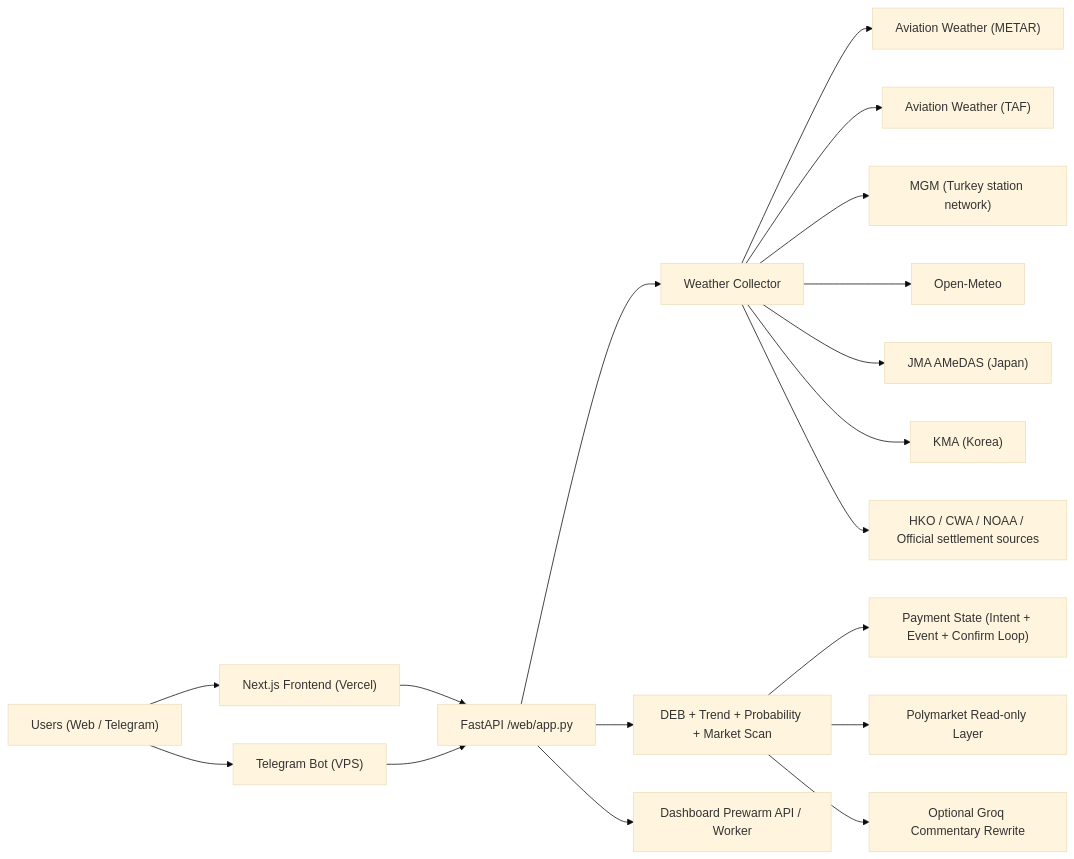
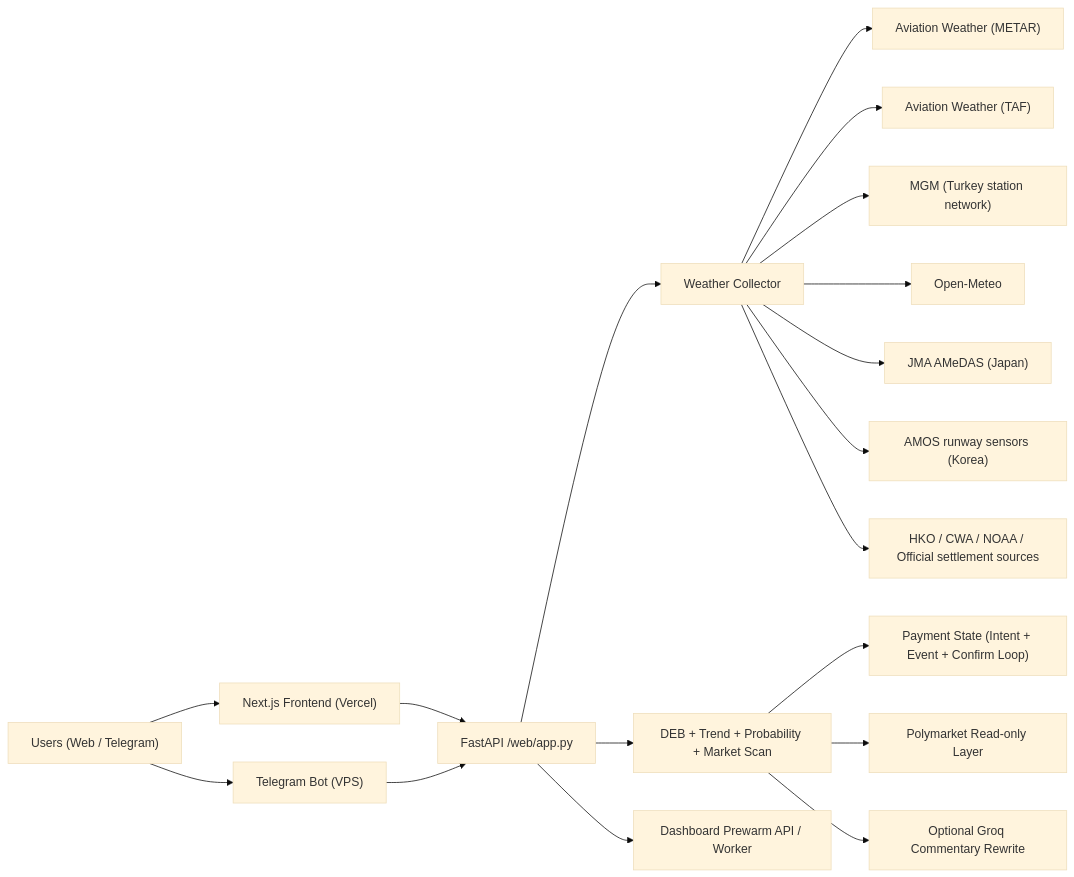
One commit to abhiram-k-2223/PolyWeather changed the diagram in README.md. Above: the diagram before and after it, drawn with Mermaid (base theme). The commit also changed other lines of this file and 1 other file, not shown here.

Commit message:
更新 README：日期至 2026-05-11，城市数 52→51，KMA→AMOS，积分改造，版本 v1.6.0

````diff
--- a/README.md
+++ b/README.md
@@ -79,22 +81,22 @@
 ```mermaid
 flowchart LR
     U["Users (Web / Telegram)"] --> FE["Next.js Frontend (Vercel)"]
     U --> BOT["Telegram Bot (VPS)"]
     FE --> API["FastAPI /web/app.py"]
     BOT --> API
 
     API --> WX["Weather Collector"]
     WX --> METAR["Aviation Weather (METAR)"]
     WX --> TAF["Aviation Weather (TAF)"]
     WX --> MGM["MGM (Turkey station network)"]
     WX --> OM["Open-Meteo"]
     WX --> JMA["JMA AMeDAS (Japan)"]
-    WX --> KMA["KMA (Korea)"]
+    WX --> AMOS["AMOS runway sensors (Korea)"]
     WX --> HKO["HKO / CWA / NOAA / Official settlement sources"]
 
     API --> ANA["DEB + Trend + Probability + Market Scan"]
     ANA --> PAY["Payment State (Intent + Event + Confirm Loop)"]
     ANA --> PM["Polymarket Read-only Layer"]
     ANA --> LLM["Optional Groq Commentary Rewrite"]
     API --> PREWARM["Dashboard Prewarm API / Worker"]
 ```
````
